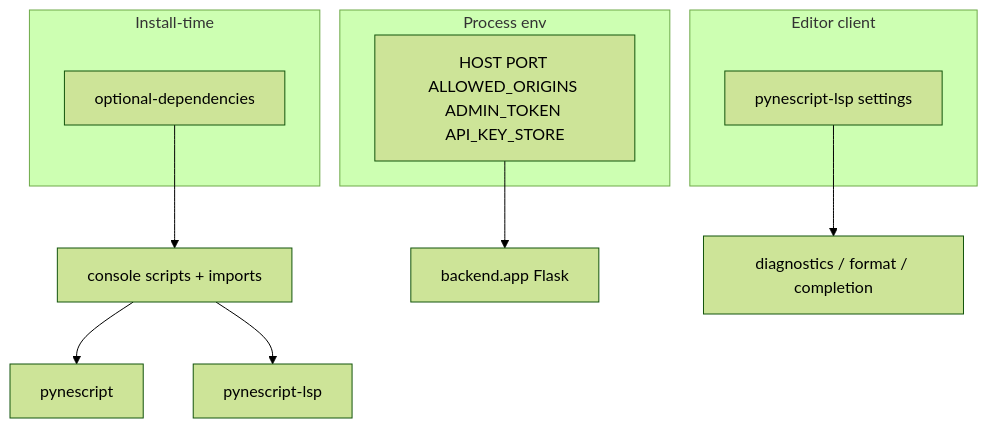
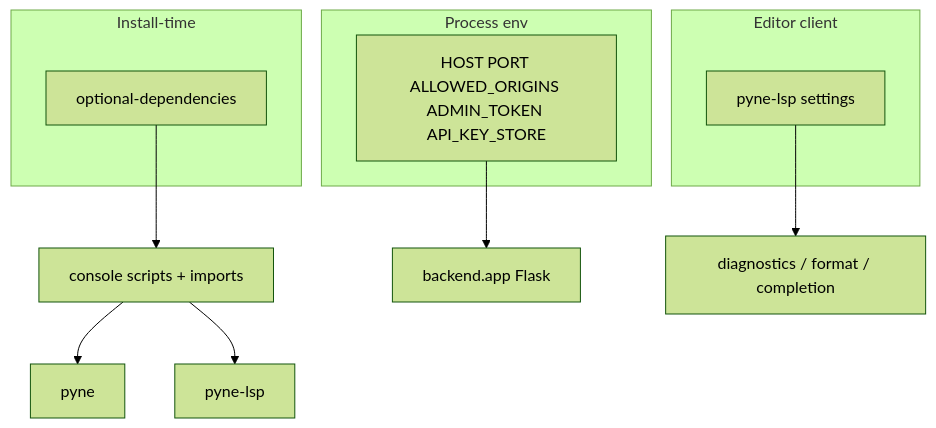
The diagram in docs/pyne/enduser/getting-started/configuration.mdx (hoox-sh/pyne), drawn with Mermaid (forest theme) before and after one commit. The commit also changed other lines of this file and 44 other files, not shown here.

````diff
--- a/docs/pyne/enduser/getting-started/configuration.mdx
+++ b/docs/pyne/enduser/getting-started/configuration.mdx
@@ -33,17 +33,17 @@
 ```mermaid
 flowchart TB
   subgraph install [Install-time]
     EX[optional-dependencies]
   end
   subgraph runtime [Process env]
     ENV[HOST PORT ALLOWED_ORIGINS ADMIN_TOKEN API_KEY_STORE]
   end
   subgraph editor [Editor client]
-    LS[pynescript-lsp settings]
+    LS[pyne-lsp settings]
   end
   EX --> BIN[console scripts + imports]
   ENV --> API[backend.app Flask]
   LS --> FEAT[diagnostics / format / completion]
-  BIN --> CLI[pynescript]
-  BIN --> LSPBIN[pynescript-lsp]
+  BIN --> CLI[pyne]
+  BIN --> LSPBIN[pyne-lsp]
 ```
````
